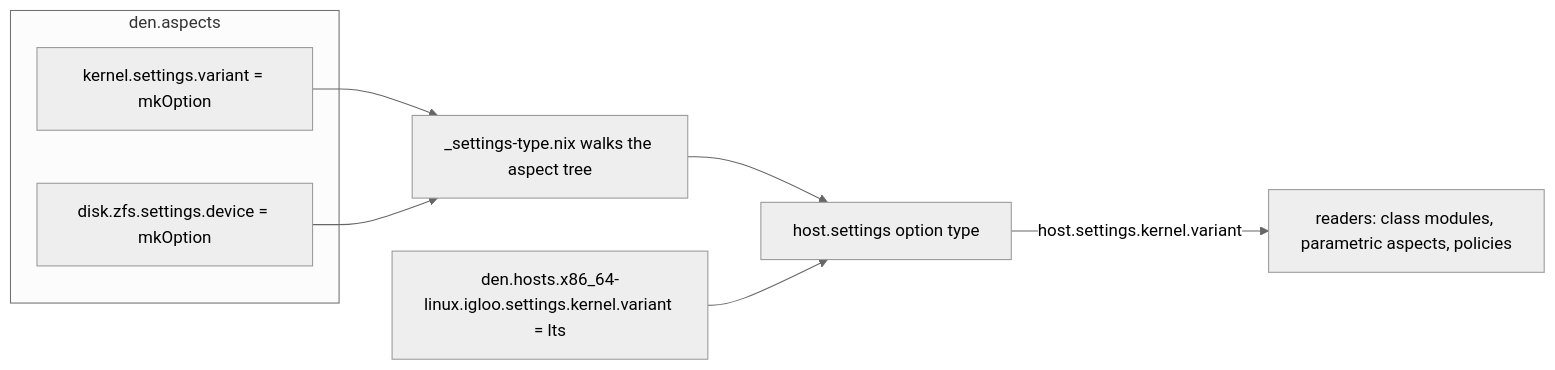
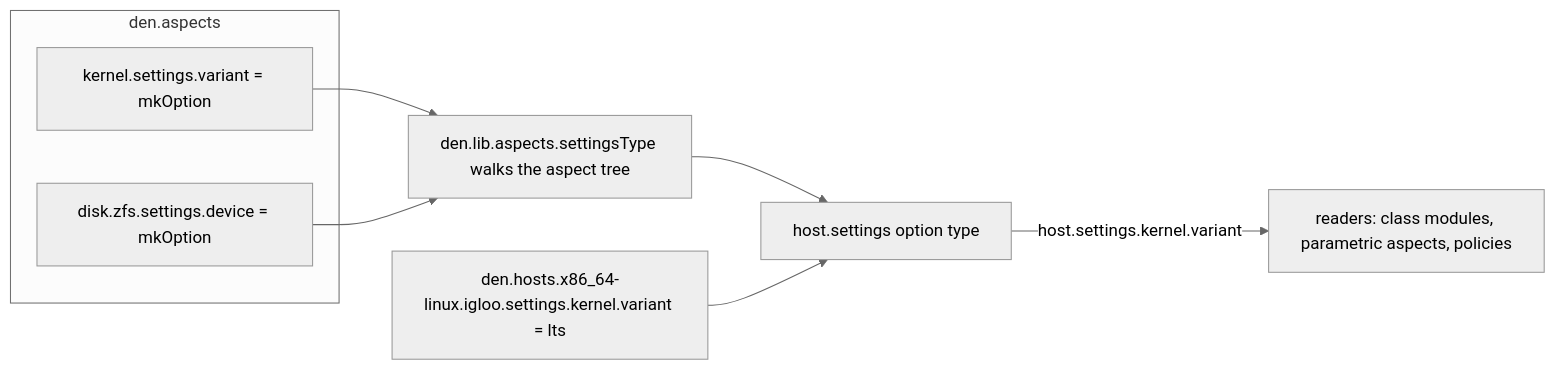
One commit to denful/den changed the diagram in docs/src/content/docs/guides/aspect-settings.mdx. Above: the diagram before and after it, drawn with Mermaid (neutral theme). The commit also changed other lines of this file and 4 other files, not shown here.

First line of the commit message:
feat(aspects): den.lib.aspects.settingsType, the aspect-settings option type

````diff
--- a/docs/src/content/docs/guides/aspect-settings.mdx
+++ b/docs/src/content/docs/guides/aspect-settings.mdx
@@ -34,16 +34,16 @@
 ```mermaid
 flowchart LR
   subgraph A["den.aspects"]
     K["kernel.settings.variant = mkOption"]
     Z["disk.zfs.settings.device = mkOption"]
   end
-  GEN["_settings-type.nix walks the aspect tree"]
+  GEN["den.lib.aspects.settingsType walks the aspect tree"]
   T["host.settings option type"]
   V["den.hosts.x86_64-linux.igloo.settings.kernel.variant = lts"]
   R["readers: class modules, parametric aspects, policies"]
   K --> GEN
   Z --> GEN
   GEN --> T
   V --> T
   T -- "host.settings.kernel.variant" --> R
 ```
````
